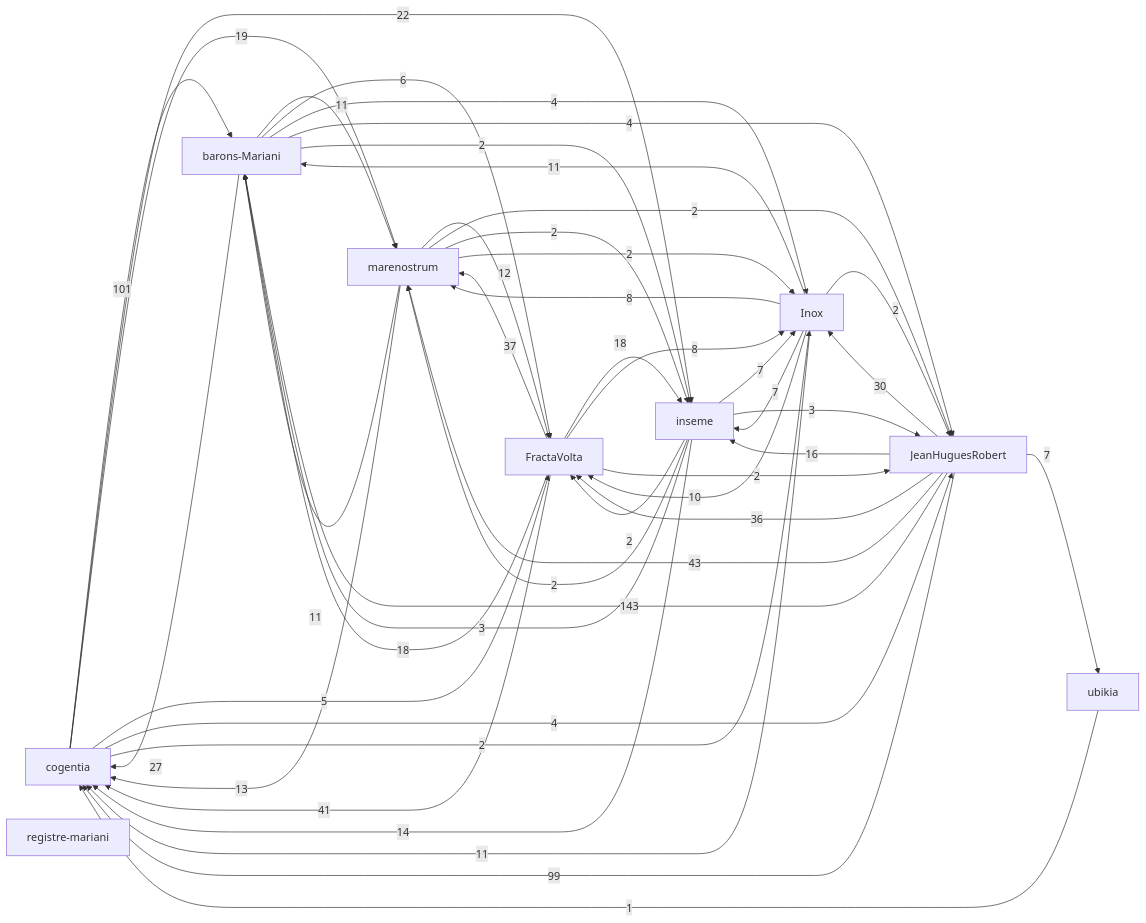
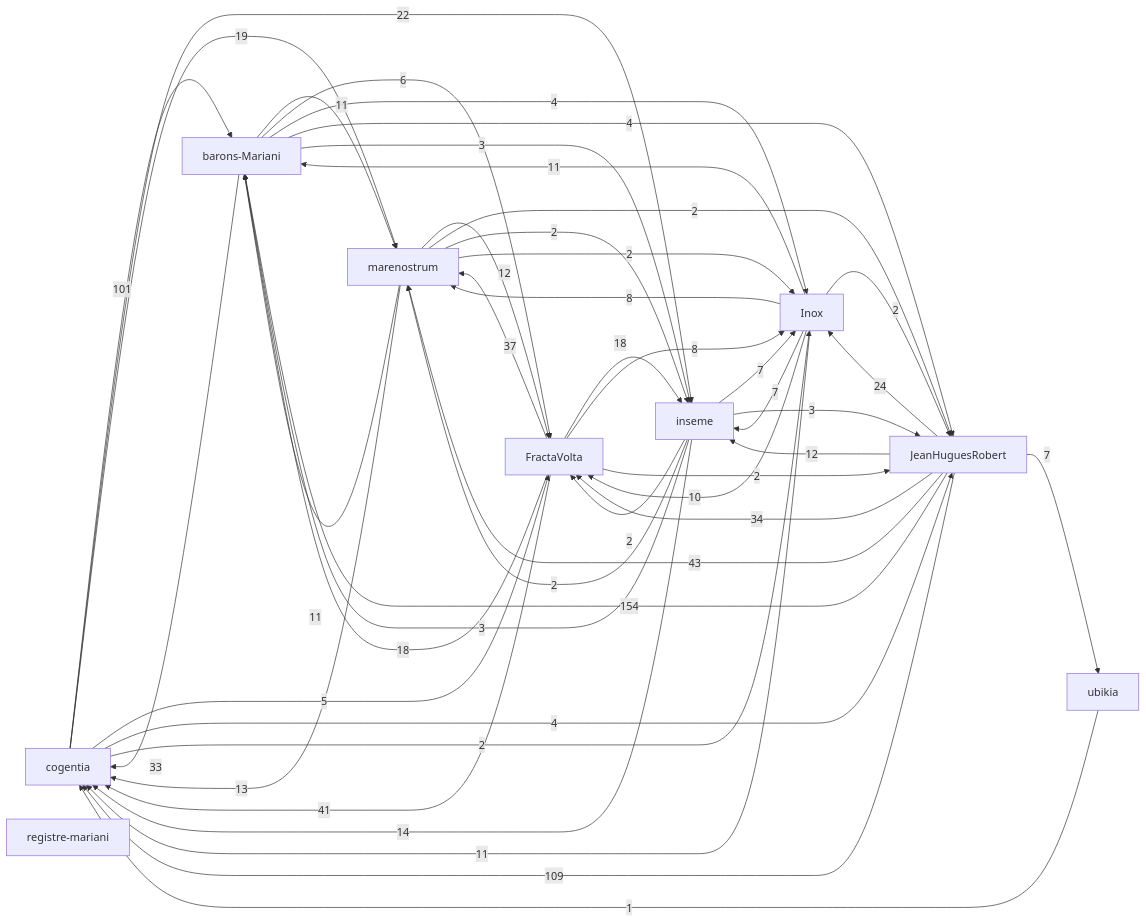
One commit to JeanHuguesRobert/cogentia changed the first of 2 diagrams in research/corpus-status.md. Above: the diagram before and after it, drawn with Mermaid. The commit also changed 3 other files, not shown here.

````diff
--- a/research/corpus-status.md
+++ b/research/corpus-status.md
@@ -55,56 +55,56 @@
 ```mermaid
 graph LR
   r_cogentia["cogentia"]
   r_fractavolta["FractaVolta"]
   r_marenostrum["marenostrum"]
   r_barons_mariani["barons-Mariani"]
   r_inseme["inseme"]
   r_inox["Inox"]
   r_registre_mariani["registre-mariani"]
   r_ubikia["ubikia"]
   r_jeanhuguesrobert["JeanHuguesRobert"]
-  r_jeanhuguesrobert -->|143| r_barons_mariani
+  r_jeanhuguesrobert -->|154| r_barons_mariani
+  r_jeanhuguesrobert -->|109| r_cogentia
   r_cogentia -->|101| r_barons_mariani
-  r_jeanhuguesrobert -->|99| r_cogentia
   r_jeanhuguesrobert -->|43| r_marenostrum
   r_fractavolta -->|41| r_cogentia
   r_fractavolta -->|37| r_marenostrum
-  r_jeanhuguesrobert -->|36| r_fractavolta
-  r_jeanhuguesrobert -->|30| r_inox
-  r_barons_mariani -->|27| r_cogentia
+  r_jeanhuguesrobert -->|34| r_fractavolta
+  r_barons_mariani -->|33| r_cogentia
+  r_jeanhuguesrobert -->|24| r_inox
   r_cogentia -->|22| r_inseme
   r_cogentia -->|19| r_marenostrum
   r_fractavolta -->|18| r_inseme
   r_fractavolta -->|18| r_barons_mariani
-  r_jeanhuguesrobert -->|16| r_inseme
   r_inseme -->|14| r_cogentia
   r_marenostrum -->|13| r_cogentia
+  r_jeanhuguesrobert -->|12| r_inseme
   r_marenostrum -->|12| r_fractavolta
   r_barons_mariani -->|11| r_marenostrum
   r_inox -->|11| r_barons_mariani
   r_inox -->|11| r_cogentia
   r_marenostrum -->|11| r_barons_mariani
   r_inox -->|10| r_fractavolta
   r_fractavolta -->|8| r_inox
   r_inox -->|8| r_marenostrum
   r_inox -->|7| r_inseme
   r_inseme -->|7| r_inox
   r_jeanhuguesrobert -->|7| r_ubikia
   r_barons_mariani -->|6| r_fractavolta
   r_cogentia -->|5| r_fractavolta
   r_barons_mariani -->|4| r_inox
   r_barons_mariani -->|4| r_jeanhuguesrobert
   r_cogentia -->|4| r_jeanhuguesrobert
+  r_barons_mariani -->|3| r_inseme
   r_inseme -->|3| r_barons_mariani
   r_inseme -->|3| r_jeanhuguesrobert
-  r_barons_mariani -->|2| r_inseme
   r_cogentia -->|2| r_inox
   r_fractavolta -->|2| r_jeanhuguesrobert
   r_inox -->|2| r_jeanhuguesrobert
   r_inseme -->|2| r_marenostrum
   r_inseme -->|2| r_fractavolta
   r_marenostrum -->|2| r_jeanhuguesrobert
   r_marenostrum -->|2| r_inseme
   r_marenostrum -->|2| r_inox
   r_ubikia -->|1| r_cogentia
 ```
````
